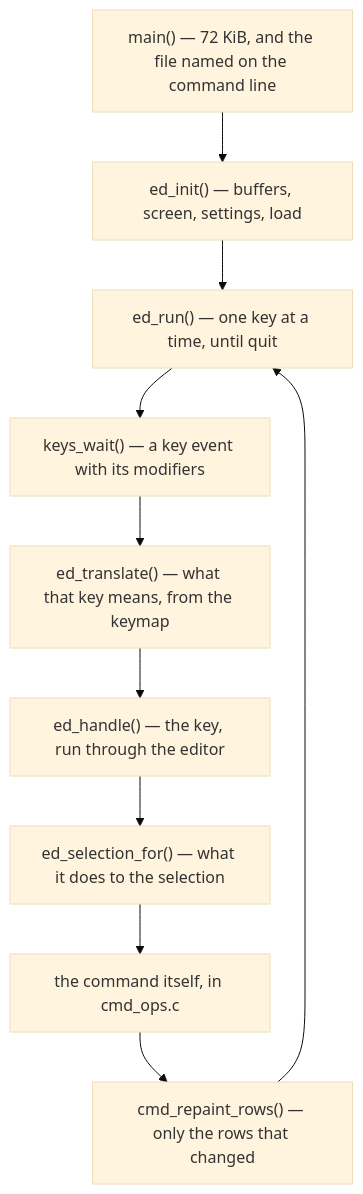
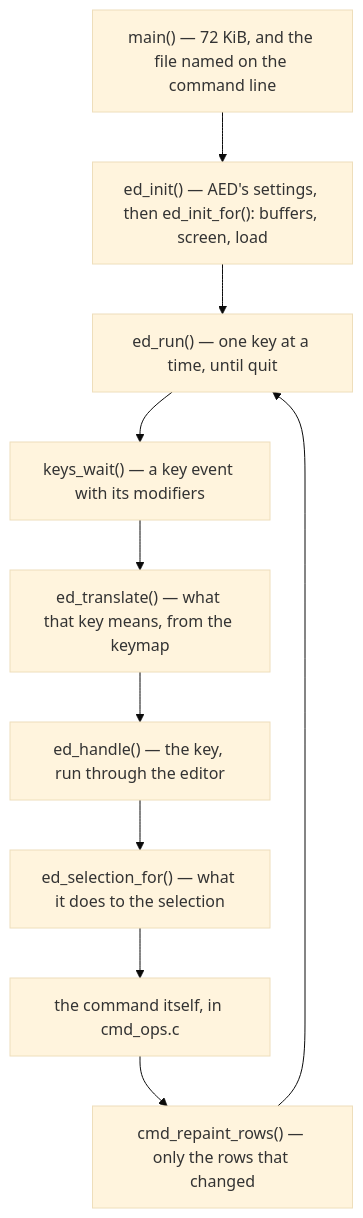
One commit to avalonbits/aed changed the first of 3 diagrams in docs/DESIGN.md. Above: the diagram before and after it, drawn with Mermaid (base theme). The commit also changed other lines of this file and 30 other files, not shown here.

````diff
--- a/docs/DESIGN.md
+++ b/docs/DESIGN.md
@@ -103,12 +103,12 @@
 ```mermaid
 flowchart TD
-    main["main() — 72 KiB, and the file named on the command line"] --> init["ed_init() — buffers, screen, settings, load"]
+    main["main() — 72 KiB, and the file named on the command line"] --> init["ed_init() — AED's settings, then ed_init_for(): buffers, screen, load"]
     init --> loop["ed_run() — one key at a time, until quit"]
     loop --> key["keys_wait() — a key event with its modifiers"]
     key --> mean["ed_translate() — what that key means, from the keymap"]
     mean --> handle["ed_handle() — the key, run through the editor"]
     handle --> sel["ed_selection_for() — what it does to the selection"]
     sel --> cmd["the command itself, in cmd_ops.c"]
     cmd --> paint["cmd_repaint_rows() — only the rows that changed"]
     paint --> loop
 ```
````
